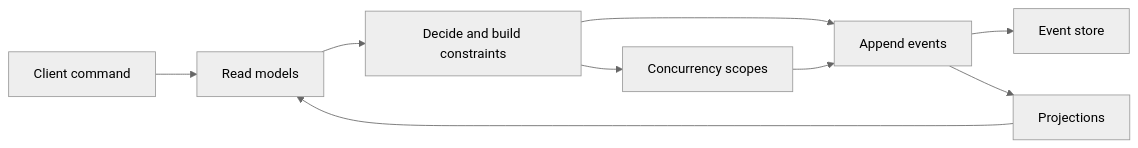
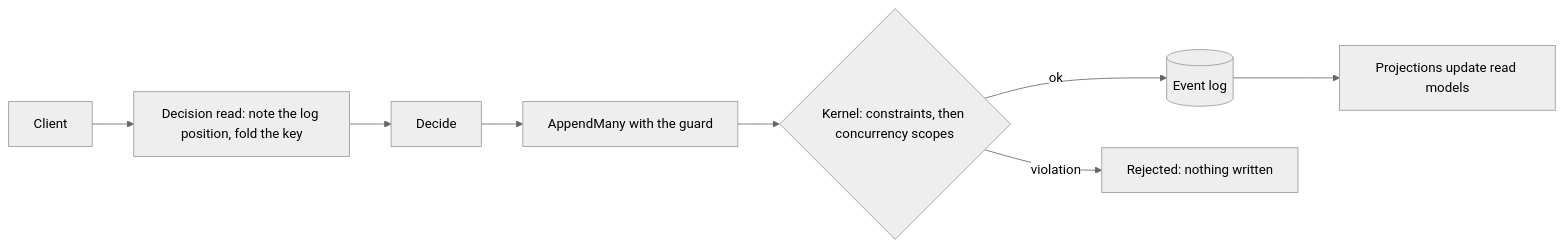
Before and after one commit to Cratis/Chronicle: the diagram in Documentation/dynamic-consistency-boundary/chronicle.md, drawn with Mermaid (neutral theme). The commit also changed other lines of this file and 15 other files, not shown here.

````diff
--- a/Documentation/dynamic-consistency-boundary/chronicle.md
+++ b/Documentation/dynamic-consistency-boundary/chronicle.md
@@ -12,11 +37,10 @@
 ```mermaid
 flowchart LR
-    A[Client command] --> B[Read models]
-    B --> C[Decide and build constraints]
-    C --> D[Append events]
-    D --> E[Event store]
-    D --> F[Projections]
-    F --> B
-    C --> G[Concurrency scopes]
-    G --> D
+    A[Client] --> B["Decision read: note the log position, fold the key"]
+    B --> C[Decide]
+    C --> D["AppendMany with the guard"]
+    D --> E{"Kernel: constraints, then concurrency scopes"}
+    E -->|ok| F[(Event log)]
+    E -->|violation| G[Rejected: nothing written]
+    F --> H[Projections update read models]
 ```
````
